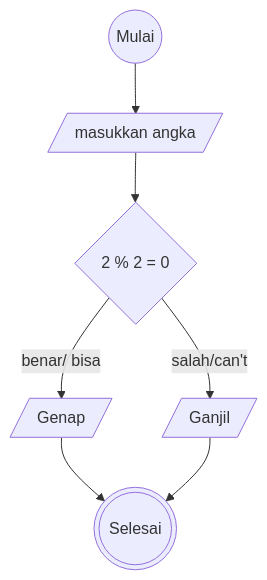
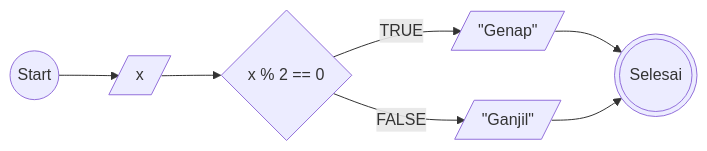
The diagram in MembuatAlgoritmaBilangan Ganjil dan Genap.md (Dwaysetya/fgo24-Algoritma), drawn with Mermaid before and after one commit.

````diff
--- a/MembuatAlgoritmaBilangan Ganjil dan Genap.md
+++ b/MembuatAlgoritmaBilangan Ganjil dan Genap.md
@@ -25,7 +25,19 @@
 ```mermaid
-flowchart TD
-    A@{ shape: circle, label: "Mulai" } --> 1A@{ shape: lean-r, label: "masukkan angka" } -->
-    2A@{ shape: diamond, label: "2 % 2 = 0" } --> |benar/ bisa| 3A@{ shape: lean-r, label: "Genap" } --> 5A@{ shape: dbl-circ, label: "Selesai" }
-    2A@{ shape: diamond, label: "2 % 2 = 0" } --> |salah/can't| 4A@{ shape: lean-r, label: "Ganjil" } --> 5A@{ shape: dbl-circ, label: "Selesai" }
+flowchart LR
+
+ a@{ shape: circle, label: "Start" }
+ b@{ shape: lean-r, label: "x" }
+ c@{ shape: diamond, label: "x % 2 == 0" }
+ d@{ shape: lean-r, label: '"Genap"' }
+ e@{ shape: lean-r, label: '"Ganjil"' }
+ f@{ shape: dbl-circ, label: "Selesai" }
+
+ a --> b
+ b --> c
+ c -- TRUE --> d
+ c -- FALSE --> e
+ d --> f
+ e --> f
+
 
 ```
````
